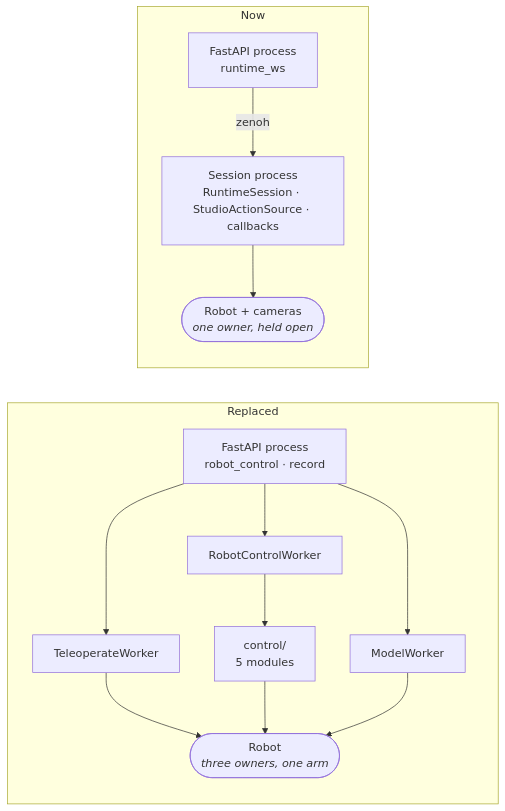
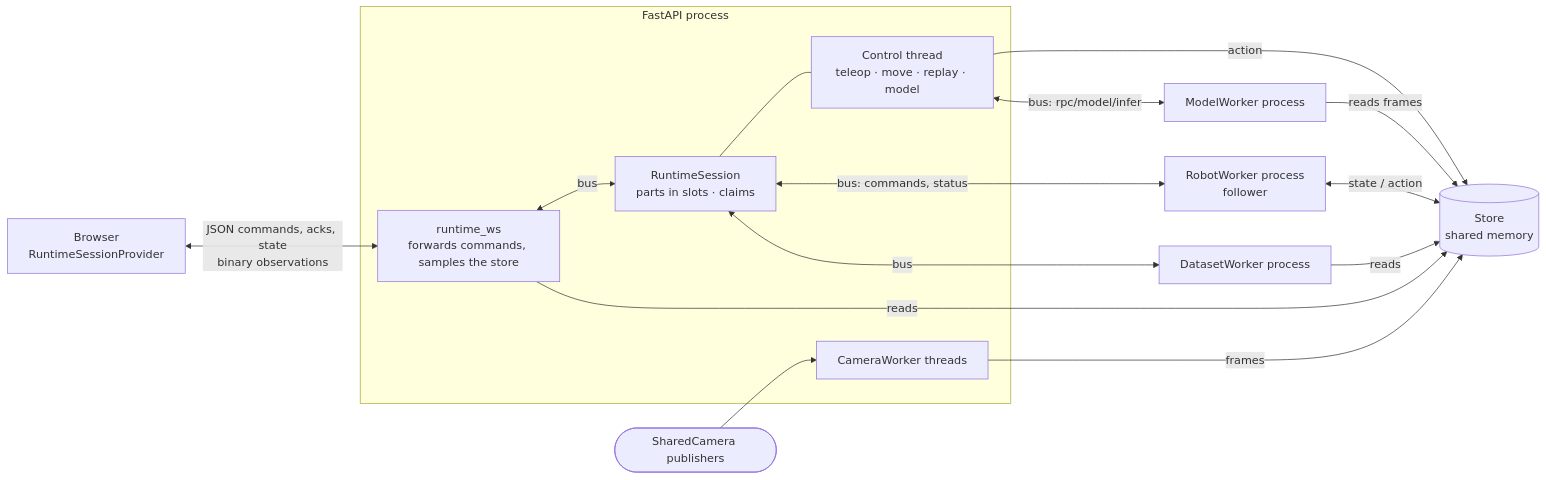
The diagram in application/docs/explanation/runtime-session-architecture.md (MarkRedeman/physical-ai-studio), drawn with Mermaid before and after one commit. The commit also changed other lines of this file and 1 other file, not shown here.

First line of the commit message:
docs(runtime): describe the runtime session as built

````diff
--- a/application/docs/explanation/runtime-session-architecture.md
+++ b/application/docs/explanation/runtime-session-architecture.md
@@ -30,28 +35,29 @@
 ```mermaid
 flowchart LR
-  subgraph before["Replaced"]
-    direction TB
-    api1["FastAPI process<br/>robot_control · record"]
-    tw["TeleoperateWorker"]
-    rcw["RobotControlWorker"]
-    mw["ModelWorker"]
-    ctl["control/<br/>5 modules"]
-    arm1(["Robot<br/><i>three owners, one arm</i>"])
-    api1 --> tw
-    api1 --> rcw
-    api1 --> mw
-    rcw --> ctl
-    tw --> arm1
-    ctl --> arm1
-    mw --> arm1
+  ui["Browser<br/>RuntimeSessionProvider"]
+  subgraph api["FastAPI process"]
+    ws["runtime_ws<br/>forwards commands, samples the store"]
+    sess["RuntimeSession<br/>parts in slots · claims"]
+    ctl["Control thread<br/>teleop · move · replay · model"]
+    cam["CameraWorker threads"]
   end
+  robot["RobotWorker process<br/>follower"]
+  ds["DatasetWorker process"]
+  mw["ModelWorker process"]
+  pub(["SharedCamera publishers"])
+  store[("Store<br/>shared memory")]
 
-  subgraph after["Now"]
-    direction TB
-    api2["FastAPI process<br/>runtime_ws"]
-    sess2["Session process<br/>RuntimeSession · StudioActionSource · callbacks"]
-    arm2(["Robot + cameras<br/><i>one owner, held open</i>"])
-    api2 -->|zenoh| sess2
-    sess2 --> arm2
-  end
+  ui <-->|"JSON commands, acks, state<br/>binary observations"| ws
+  ws <-->|bus| sess
+  sess --- ctl
+  ctl -->|action| store
+  robot <-->|"state / action"| store
+  cam -->|frames| store
+  pub --> cam
+  ds -->|reads| store
+  mw -->|reads frames| store
+  sess <-->|"bus: commands, status"| robot
+  sess <-->|bus| ds
+  ctl <-->|"bus: rpc/model/infer"| mw
+  ws -->|reads| store
 ```
````
